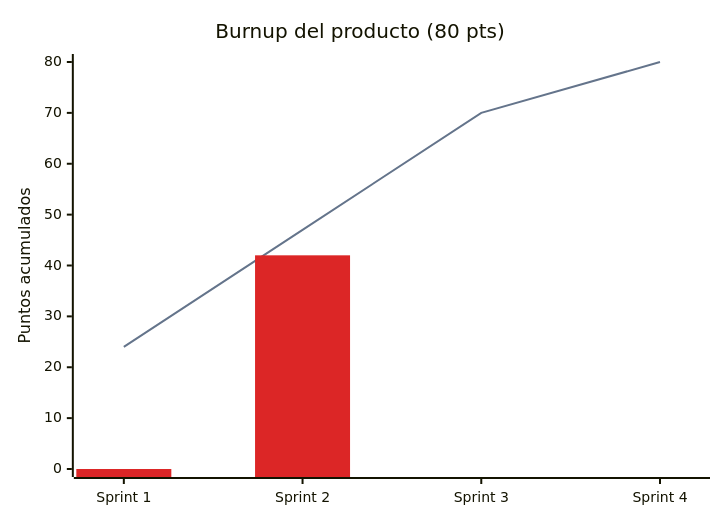
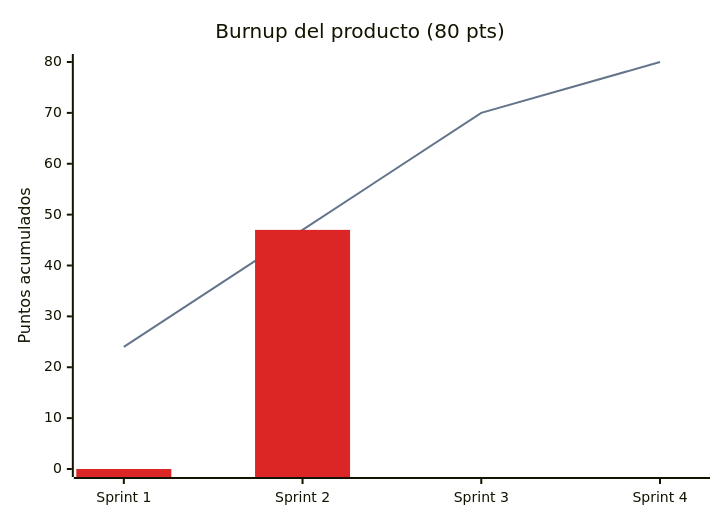
Before and after one commit to notNorthStar/Abarrotes-: the second of 2 diagrams in docs/scrum/burndown.md, drawn with Mermaid. The commit also changed other lines of this file and 23 other files, not shown here.

````diff
--- a/docs/scrum/burndown.md
+++ b/docs/scrum/burndown.md
@@ -57,9 +57,9 @@
 ```mermaid
 %%{init: {"themeVariables": {"xyChart": {"plotColorPalette": "#64748b, #dc2626"}}}}%%
 xychart-beta
     title "Burnup del producto (80 pts)"
     x-axis ["Sprint 1", "Sprint 2", "Sprint 3", "Sprint 4"]
     y-axis "Puntos acumulados" 0 --> 80
     line [24, 47, 70, 80]
-    bar [0, 42]
+    bar [0, 47]
 ```
````
